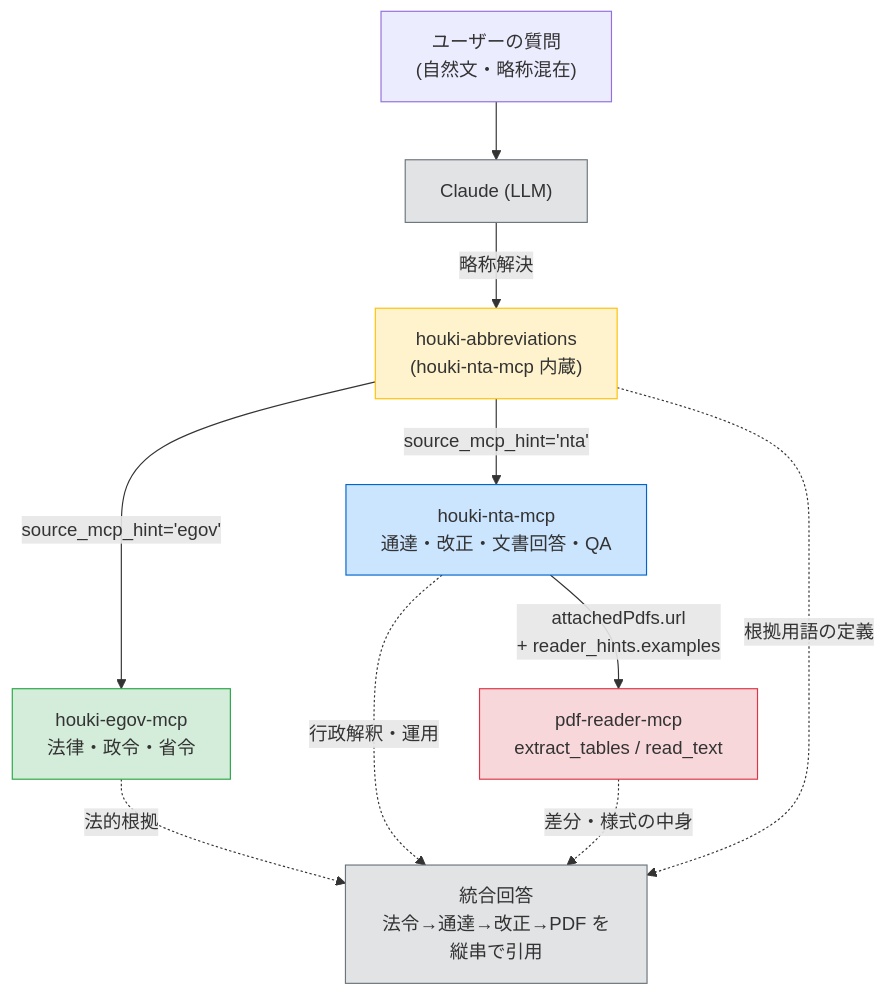
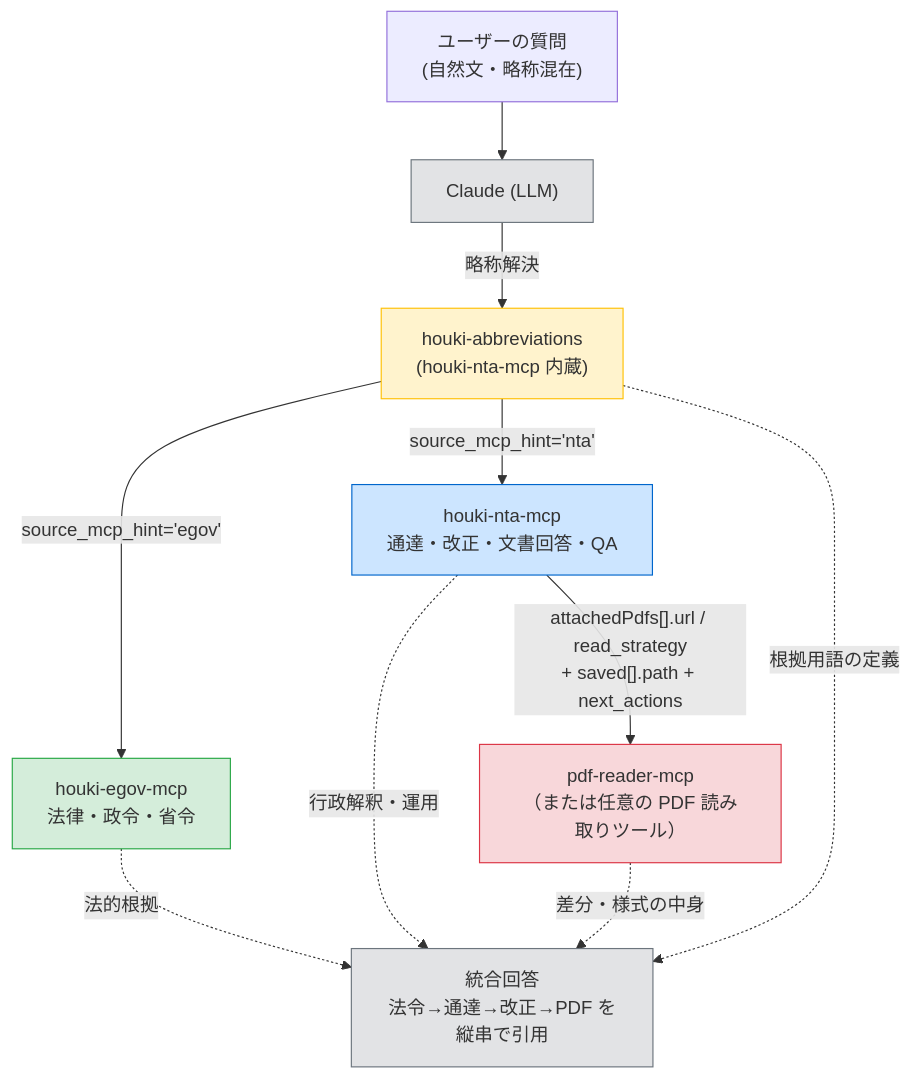
One commit to shuji-bonji/houki-nta-mcp changed the second of 4 diagrams in docs/HOUKI-FAMILY-INTEGRATION.md. Above: the diagram before and after it, drawn with Mermaid. The commit also changed other lines of this file and 14 other files, not shown here.

First line of the commit message:
feat: nta_inspect_pdf_meta に読み方・save・next_actions を足し、読み手を固定しない（#36、0.19.0）

````diff
--- a/docs/HOUKI-FAMILY-INTEGRATION.md
+++ b/docs/HOUKI-FAMILY-INTEGRATION.md
@@ -61,26 +61,26 @@
 ```mermaid
 graph TB
   user["ユーザーの質問<br/>(自然文・略称混在)"] --> claude["Claude (LLM)"]
 
   claude -->|"略称解決"| abbr["houki-abbreviations<br/>(houki-nta-mcp 内蔵)"]
   abbr -->|"source_mcp_hint='egov'"| egov["houki-egov-mcp<br/>法律・政令・省令"]
   abbr -->|"source_mcp_hint='nta'"| nta["houki-nta-mcp<br/>通達・改正・文書回答・QA"]
 
-  nta -->|"attachedPdfs.url<br/>+ reader_hints.examples"| pdf["pdf-reader-mcp<br/>extract_tables / read_text"]
+  nta -->|"attachedPdfs[].url / read_strategy<br/>+ saved[].path + next_actions"| pdf["pdf-reader-mcp<br/>（または任意の PDF 読み取りツール）"]
 
   egov -.法的根拠.-> ans
   nta  -.行政解釈・運用.-> ans
   pdf  -.差分・様式の中身.-> ans
   abbr -.根拠用語の定義.-> ans["統合回答<br/>法令→通達→改正→PDF を縦串で引用"]
 
   classDef abbr fill:#fff3cd,stroke:#ffc107
   classDef egov fill:#d4edda,stroke:#28a745
   classDef nta  fill:#cce5ff,stroke:#0066cc
   classDef pdf  fill:#f8d7da,stroke:#dc3545
   classDef llm  fill:#e2e3e5,stroke:#6c757d
   class abbr abbr
   class egov egov
   class nta nta
   class pdf pdf
   class claude,ans llm
 ```
````
